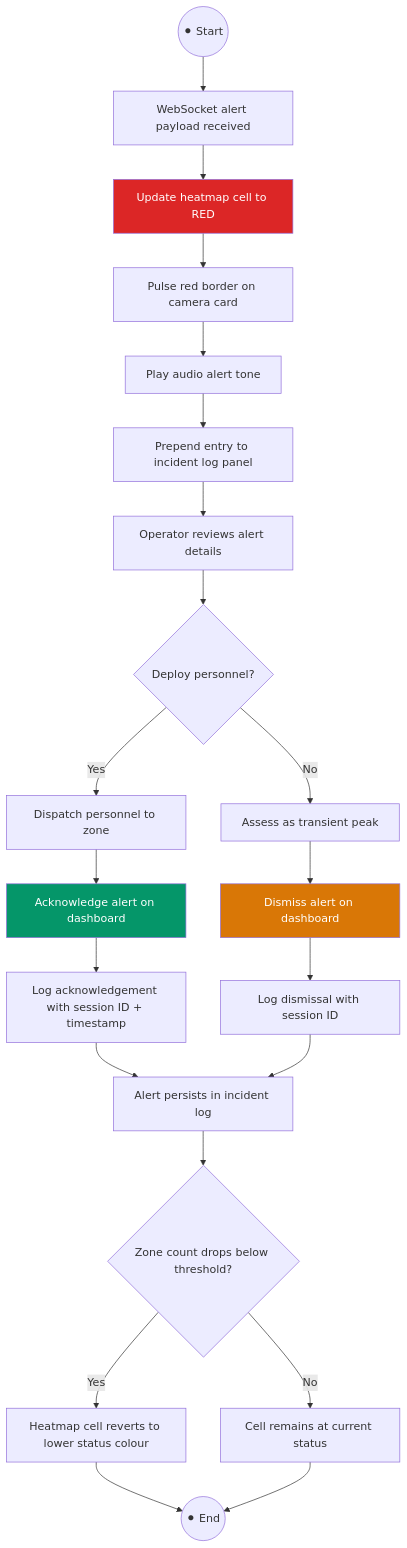
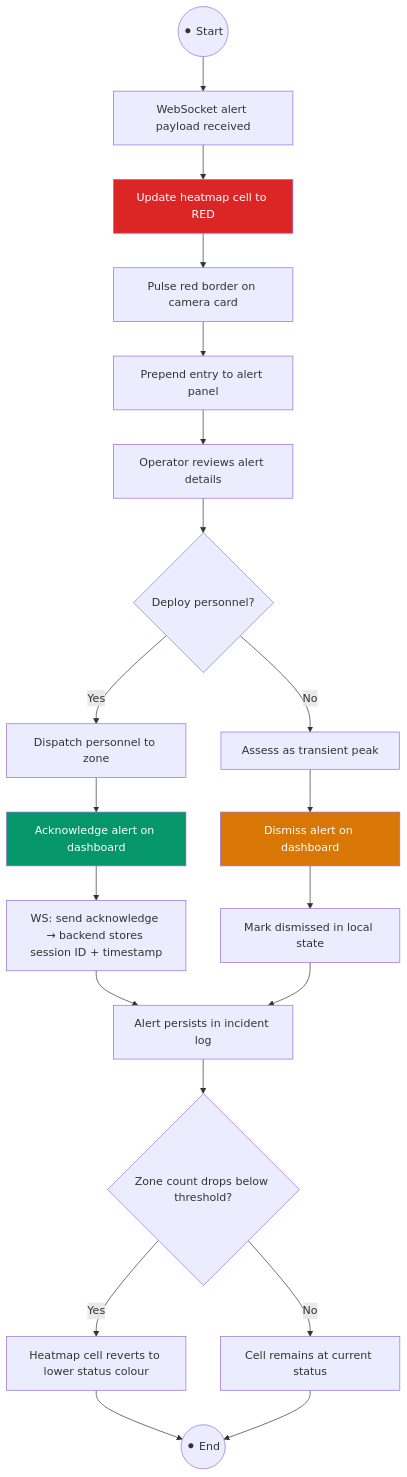
Before and after one commit to DarkSire7/ARGUS: the fourth of 7 diagrams in SYSTEM_ARCHITECTURE.md, drawn with Mermaid. The commit also changed other lines of this file and 2 other files, not shown here.

First line of the commit message:
feat: admin interface live data + architecture doc v2.0

````diff
--- a/SYSTEM_ARCHITECTURE.md
+++ b/SYSTEM_ARCHITECTURE.md
@@ -246,33 +253,32 @@
 ```mermaid
 flowchart TD
     START(("⚫ Start")) --> A["WebSocket alert payload received"]
     A --> B["Update heatmap cell to RED"]
     B --> C["Pulse red border on camera card"]
-    C --> D["Play audio alert tone"]
-    D --> E["Prepend entry to incident log panel"]
-    E --> F["Operator reviews alert details"]
+    C --> D["Prepend entry to alert panel"]
+    D --> E["Operator reviews alert details"]
 
-    F --> G{"Deploy personnel?"}
+    E --> G{"Deploy personnel?"}
 
     G -->|Yes| H["Dispatch personnel to zone"]
     H --> I["Acknowledge alert on dashboard"]
-    I --> J["Log acknowledgement with session ID + timestamp"]
+    I --> J["WS: send acknowledge → backend stores session ID + timestamp"]
 
     G -->|No| K["Assess as transient peak"]
     K --> L["Dismiss alert on dashboard"]
-    L --> M["Log dismissal with session ID"]
+    L --> M["Mark dismissed in local state"]
 
     J --> N["Alert persists in incident log"]
     M --> N
 
     N --> O{"Zone count drops below threshold?"}
     O -->|Yes| P["Heatmap cell reverts to lower status colour"]
     O -->|No| Q["Cell remains at current status"]
 
     P --> END(("⚫ End"))
     Q --> END
 
     style B fill:#dc2626,color:#fff
     style I fill:#059669,color:#fff
     style L fill:#d97706,color:#fff
 ```
````
